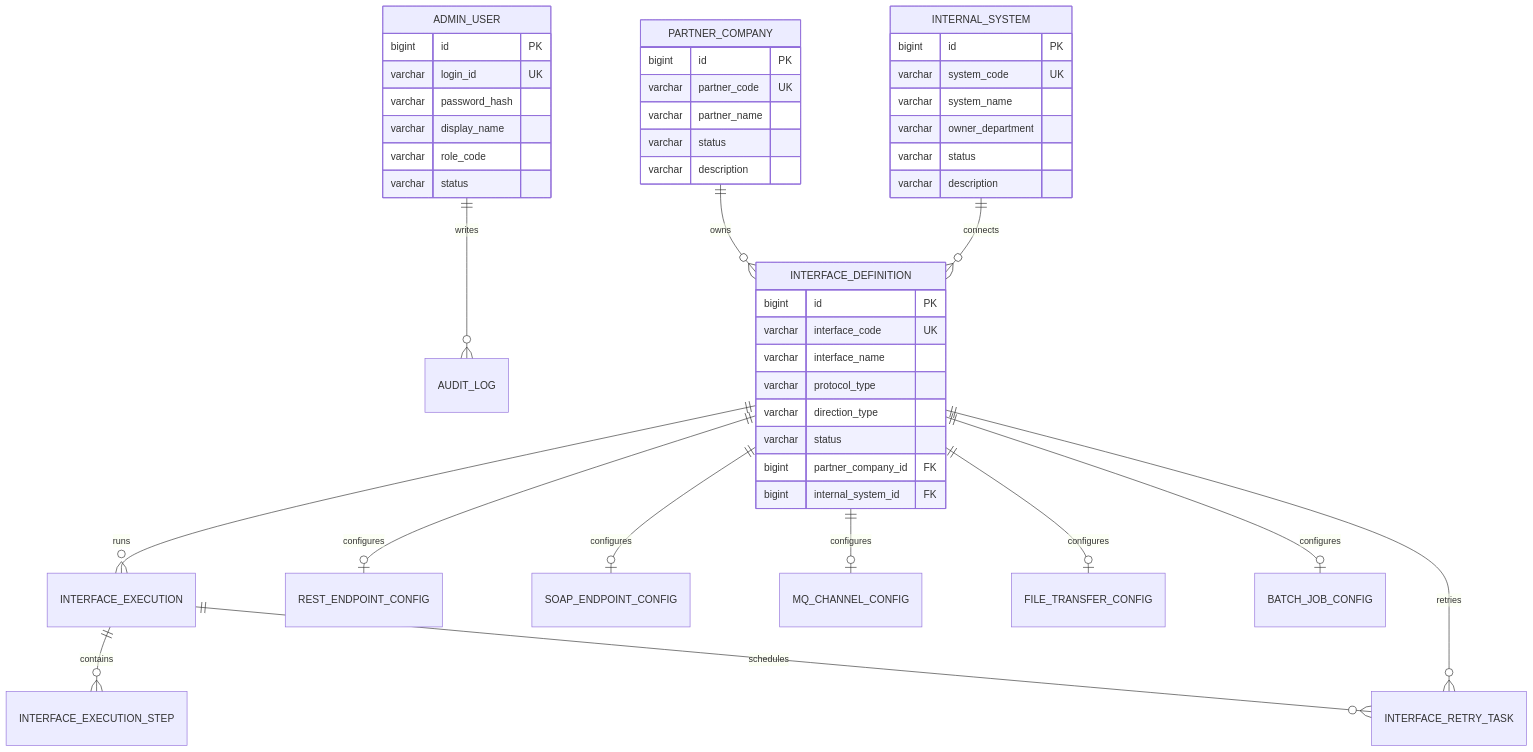
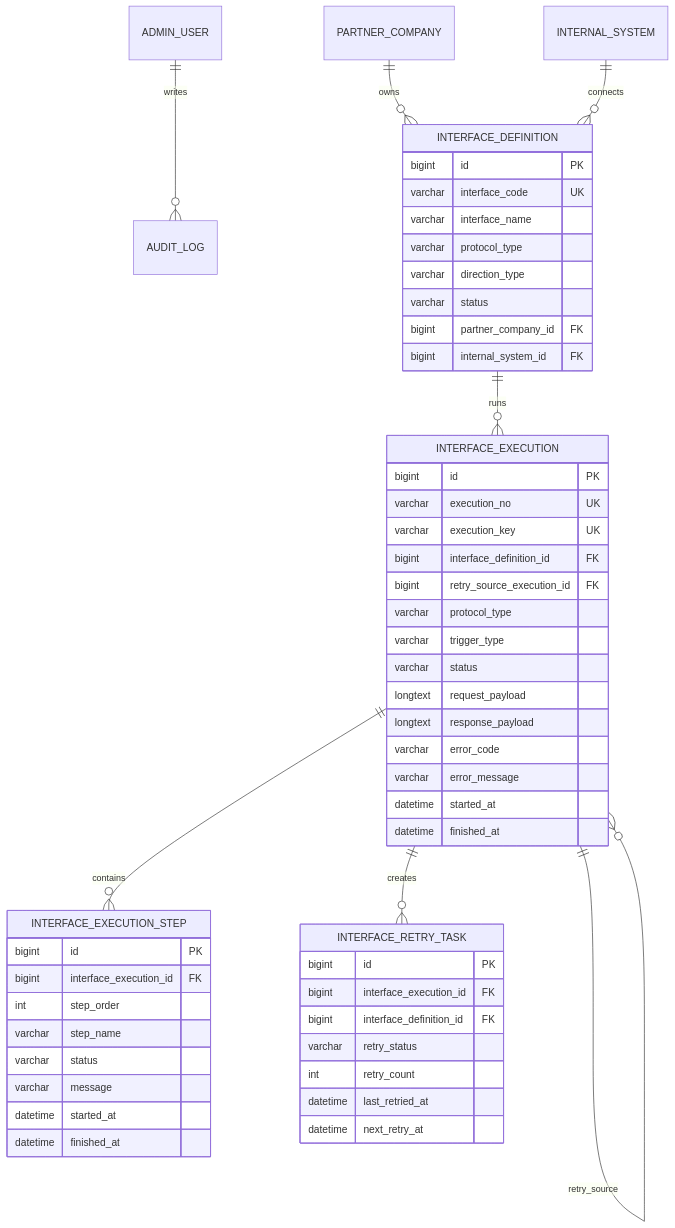
One commit to prozen99/Insurance_interface_hub changed the diagram in docs/03-erd.md. Above: the diagram before and after it, drawn with Mermaid. The commit also changed other lines of this file and 15 other files, not shown here.

````diff
--- a/docs/03-erd.md
+++ b/docs/03-erd.md
@@ -7,52 +7,59 @@
 ```mermaid
 erDiagram
     ADMIN_USER ||--o{ AUDIT_LOG : writes
     PARTNER_COMPANY ||--o{ INTERFACE_DEFINITION : owns
     INTERNAL_SYSTEM ||--o{ INTERFACE_DEFINITION : connects
     INTERFACE_DEFINITION ||--o{ INTERFACE_EXECUTION : runs
     INTERFACE_EXECUTION ||--o{ INTERFACE_EXECUTION_STEP : contains
-    INTERFACE_EXECUTION ||--o{ INTERFACE_RETRY_TASK : schedules
-    INTERFACE_DEFINITION ||--o{ INTERFACE_RETRY_TASK : retries
-    INTERFACE_DEFINITION ||--o| REST_ENDPOINT_CONFIG : configures
-    INTERFACE_DEFINITION ||--o| SOAP_ENDPOINT_CONFIG : configures
-    INTERFACE_DEFINITION ||--o| MQ_CHANNEL_CONFIG : configures
-    INTERFACE_DEFINITION ||--o| FILE_TRANSFER_CONFIG : configures
-    INTERFACE_DEFINITION ||--o| BATCH_JOB_CONFIG : configures
-
-    ADMIN_USER {
-        bigint id PK
-        varchar login_id UK
-        varchar password_hash
-        varchar display_name
-        varchar role_code
-        varchar status
-    }
-
-    PARTNER_COMPANY {
-        bigint id PK
-        varchar partner_code UK
-        varchar partner_name
-        varchar status
-        varchar description
-    }
-
-    INTERNAL_SYSTEM {
-        bigint id PK
-        varchar system_code UK
-        varchar system_name
-        varchar owner_department
-        varchar status
-        varchar description
-    }
+    INTERFACE_EXECUTION ||--o{ INTERFACE_RETRY_TASK : creates
+    INTERFACE_EXECUTION ||--o{ INTERFACE_EXECUTION : retry_source
 
     INTERFACE_DEFINITION {
         bigint id PK
         varchar interface_code UK
         varchar interface_name
         varchar protocol_type
         varchar direction_type
         varchar status
         bigint partner_company_id FK
         bigint internal_system_id FK
     }
+
+    INTERFACE_EXECUTION {
+        bigint id PK
+        varchar execution_no UK
+        varchar execution_key UK
+        bigint interface_definition_id FK
+        bigint retry_source_execution_id FK
+        varchar protocol_type
+        varchar trigger_type
+        varchar status
+        longtext request_payload
+        longtext response_payload
+        varchar error_code
+        varchar error_message
+        datetime started_at
+        datetime finished_at
+    }
+
+    INTERFACE_EXECUTION_STEP {
+        bigint id PK
+        bigint interface_execution_id FK
+        int step_order
+        varchar step_name
+        varchar status
+        varchar message
+        datetime started_at
+        datetime finished_at
+    }
+
+    INTERFACE_RETRY_TASK {
+        bigint id PK
+        bigint interface_execution_id FK
+        bigint interface_definition_id FK
+        varchar retry_status
+        int retry_count
+        datetime last_retried_at
+        datetime next_retry_at
+    }
 ```
````
